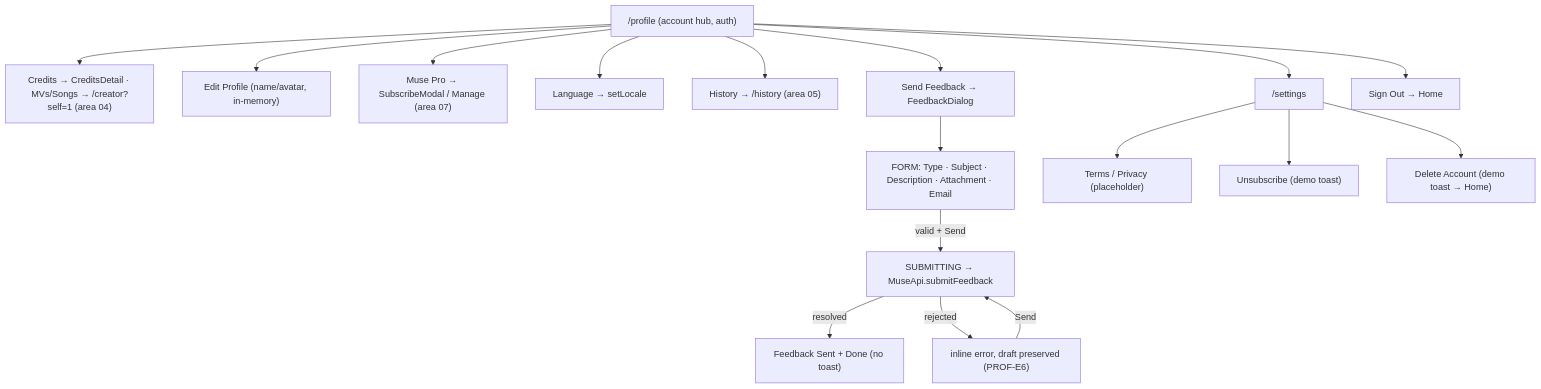
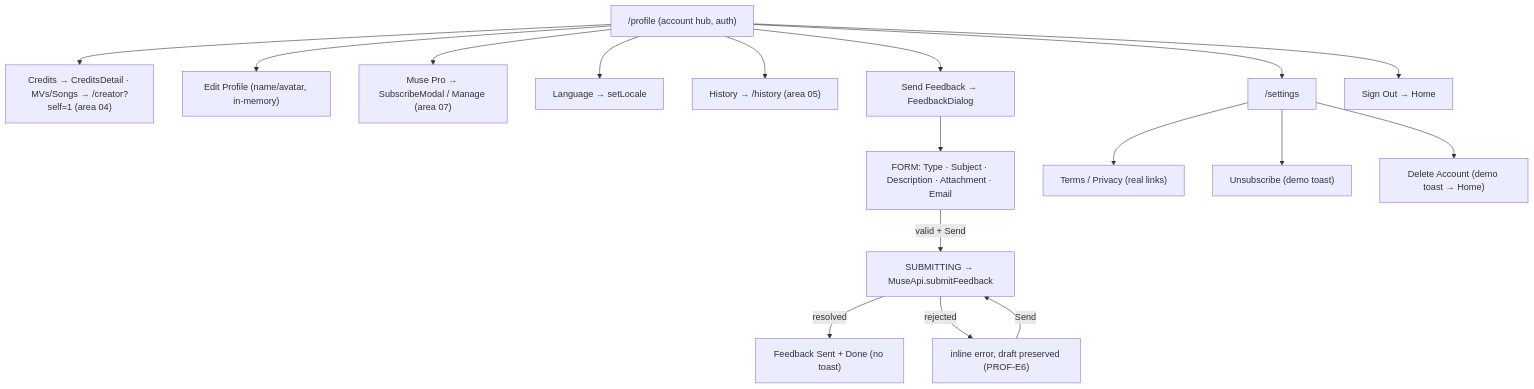
Before and after one commit to pft-JasonChen/musemv-ai: the diagram in web-app/specs/areas/06-profile-account.md, drawn with Mermaid. The commit also changed other lines of this file and 89 other files, not shown here.

````diff
--- a/web-app/specs/areas/06-profile-account.md
+++ b/web-app/specs/areas/06-profile-account.md
@@ -290,19 +290,19 @@
 ```mermaid
 flowchart TD
   Profile["/profile (account hub, auth)"] --> Tiles["Credits → CreditsDetail · MVs/Songs → /creator?self=1 (area 04)"]
   Profile --> Edit["Edit Profile (name/avatar, in-memory)"]
   Profile --> Pro["Muse Pro → SubscribeModal / Manage (area 07)"]
   Profile --> Lang["Language → setLocale"]
   Profile --> Hist["History → /history (area 05)"]
   Profile --> FB["Send Feedback → FeedbackDialog"]
   FB --> FBForm["FORM: Type · Subject · Description · Attachment · Email"]
   FBForm -->|"valid + Send"| FBSend["SUBMITTING → MuseApi.submitFeedback"]
   FBSend -->|resolved| FBOk["Feedback Sent + Done (no toast)"]
   FBSend -->|rejected| FBErr["inline error, draft preserved (PROF-E6)"]
   FBErr -->|Send| FBSend
   Profile --> Settings["/settings"]
   Profile --> Out["Sign Out → Home"]
-  Settings --> Legal["Terms / Privacy (placeholder)"]
+  Settings --> Legal["Terms / Privacy (real links)"]
   Settings --> Unsub["Unsubscribe (demo toast)"]
   Settings --> Del["Delete Account (demo toast → Home)"]
 ```
````
